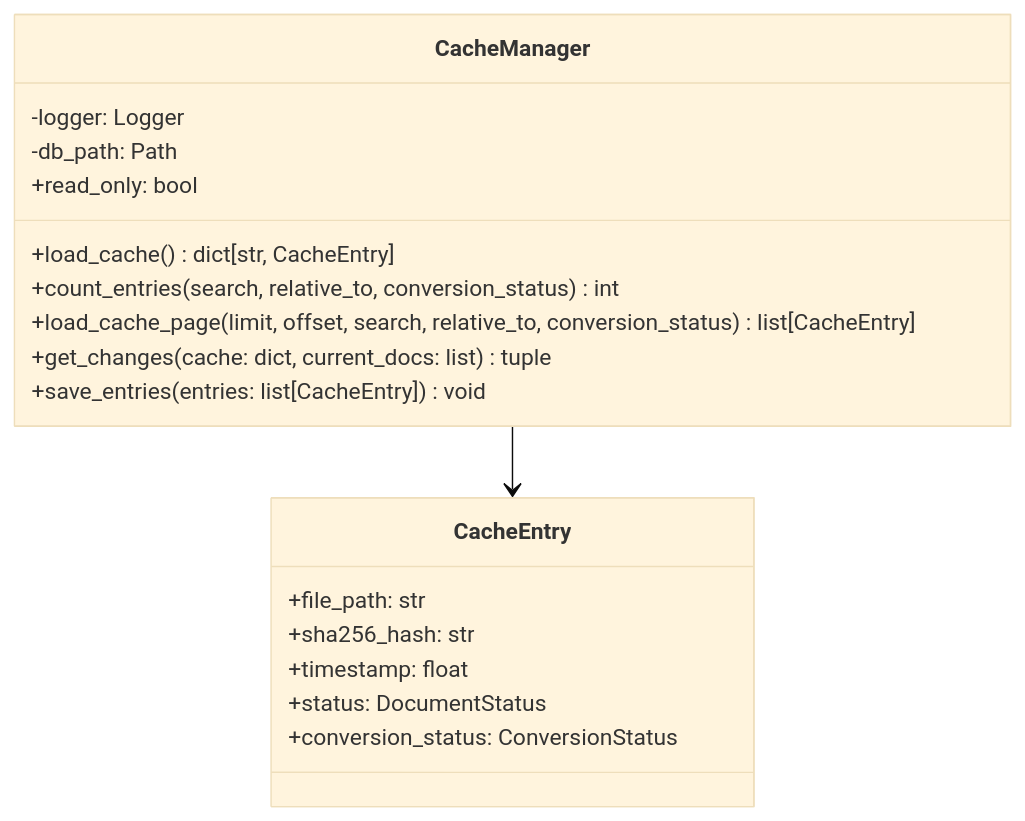
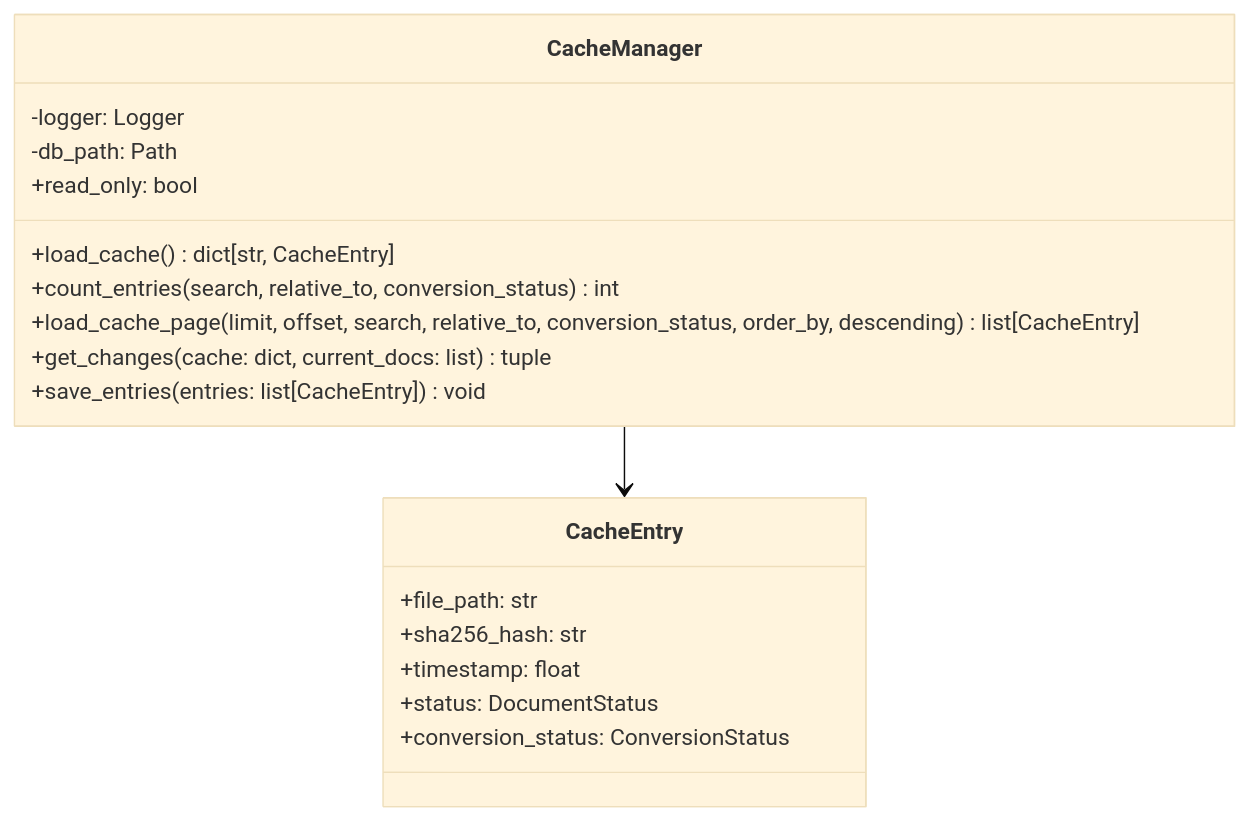
Before and after one commit to fmanza/doc_organize: the diagram in docs/api/cache.md, drawn with Mermaid (base theme). The commit also changed other lines of this file and 6 other files, not shown here.

````diff
--- a/docs/api/cache.md
+++ b/docs/api/cache.md
@@ -7,23 +7,23 @@
 ```mermaid
 classDiagram
     class CacheManager {
         -logger: Logger
         -db_path: Path
         +load_cache() dict[str, CacheEntry]
         +read_only: bool
         +count_entries(search, relative_to, conversion_status) int
-        +load_cache_page(limit, offset, search, relative_to, conversion_status) list[CacheEntry]
+        +load_cache_page(limit, offset, search, relative_to, conversion_status, order_by, descending) list[CacheEntry]
         +get_changes(cache: dict, current_docs: list) tuple
         +save_entries(entries: list[CacheEntry]) void
     }
     
     class CacheEntry {
         +file_path: str
         +sha256_hash: str
         +timestamp: float
         +status: DocumentStatus
         +conversion_status: ConversionStatus
     }
     
     CacheManager --> CacheEntry
 ```
````
